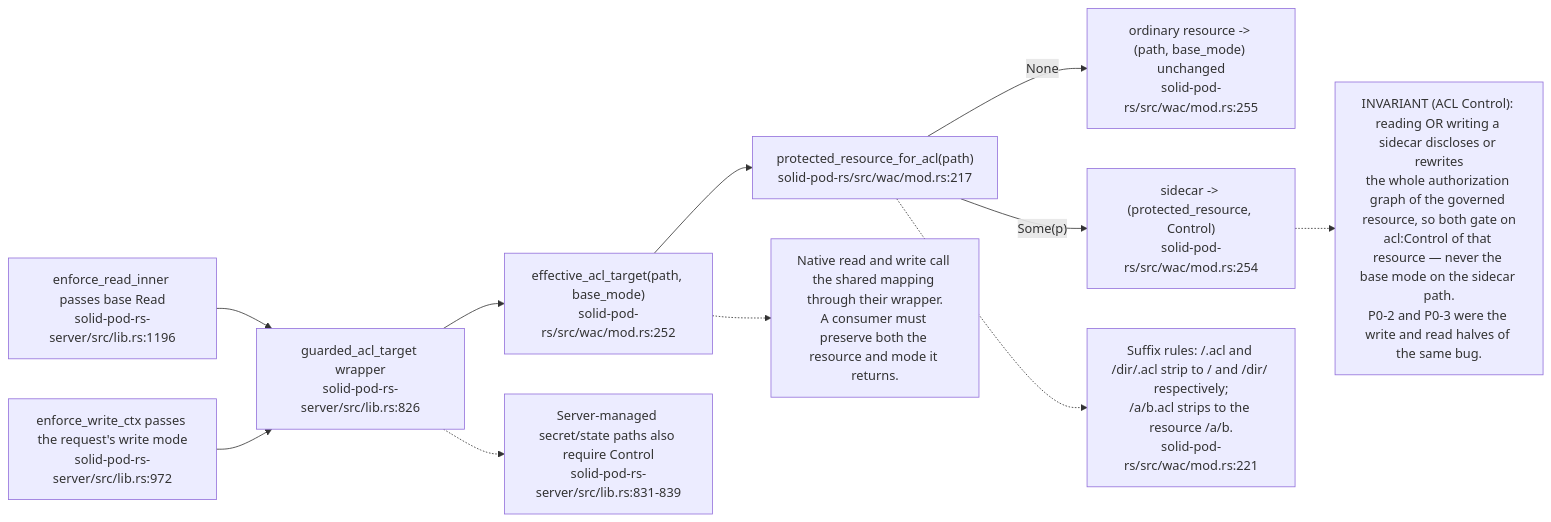
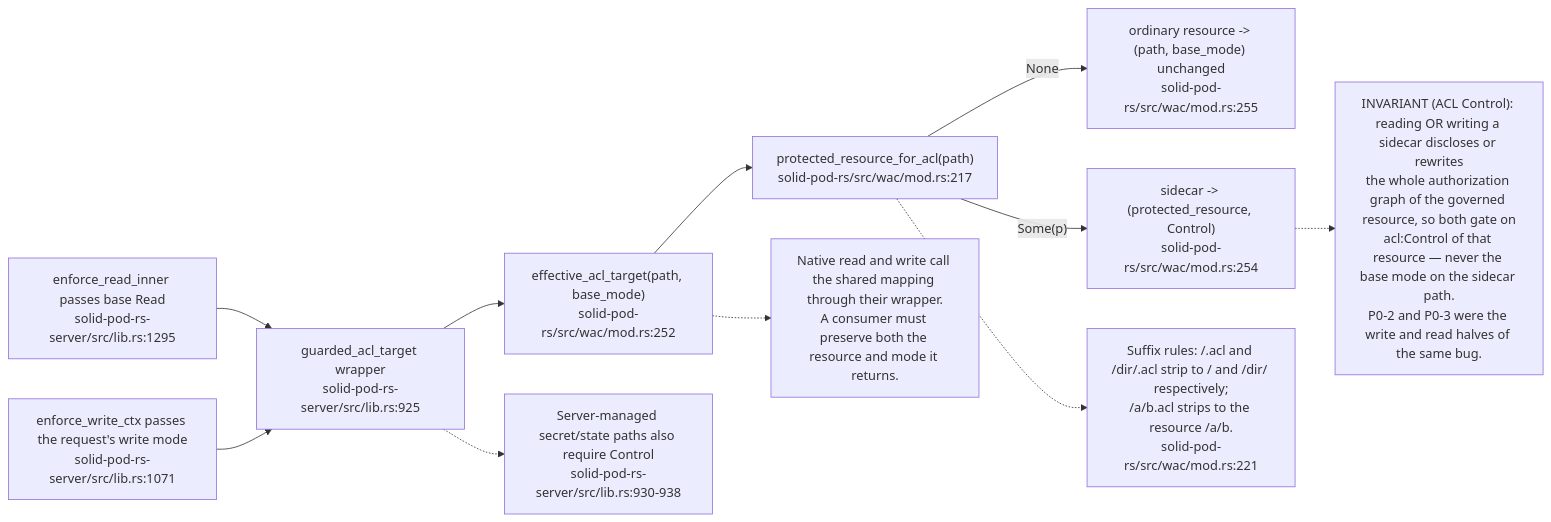
One commit to DreamLab-AI/VisionFlow changed the fifth of 13 diagrams in docs/diagrams/solid-pod-rs/04-wac-authorisation.md. Above: the diagram before and after it, drawn with Mermaid. The commit also changed other lines of this file and 59 other files, not shown here.

First line of the commit message:
docs(diagrams): re-derive and re-stamp forum, website, pod, ontomark and sealmap topics

````diff
--- a/docs/diagrams/solid-pod-rs/04-wac-authorisation.md
+++ b/docs/diagrams/solid-pod-rs/04-wac-authorisation.md
@@ -174,24 +175,24 @@
 ```mermaid
 flowchart LR
     IN["effective_acl_target(path, base_mode)<br/>solid-pod-rs/src/wac/mod.rs:252"]
     PR["protected_resource_for_acl(path)<br/>solid-pod-rs/src/wac/mod.rs:217"]
     ORD["ordinary resource -> (path, base_mode) unchanged<br/>solid-pod-rs/src/wac/mod.rs:255"]
     ELV["sidecar -> (protected_resource, Control)<br/>solid-pod-rs/src/wac/mod.rs:254"]
-    RD["enforce_read_inner passes base Read<br/>solid-pod-rs-server/src/lib.rs:1196"]
-    WR["enforce_write_ctx passes the request's write mode<br/>solid-pod-rs-server/src/lib.rs:972"]
+    RD["enforce_read_inner passes base Read<br/>solid-pod-rs-server/src/lib.rs:1295"]
+    WR["enforce_write_ctx passes the request's write mode<br/>solid-pod-rs-server/src/lib.rs:1071"]
 
     IN --> PR
     PR -- None --> ORD
     PR -- "Some(p)" --> ELV
-    RD --> GUARD["guarded_acl_target wrapper<br/>solid-pod-rs-server/src/lib.rs:826"]
+    RD --> GUARD["guarded_acl_target wrapper<br/>solid-pod-rs-server/src/lib.rs:925"]
     WR --> GUARD
     GUARD --> IN
-    GUARD -.-> EXTRA["Server-managed secret/state paths also require Control<br/>solid-pod-rs-server/src/lib.rs:831-839"]
+    GUARD -.-> EXTRA["Server-managed secret/state paths also require Control<br/>solid-pod-rs-server/src/lib.rs:930-938"]
 
     N1["Suffix rules: /.acl and /dir/.acl strip to / and /dir/ respectively;<br/>/a/b.acl strips to the resource /a/b.<br/>solid-pod-rs/src/wac/mod.rs:221"]
     PR -.-> N1
     N2["INVARIANT (ACL Control): reading OR writing a sidecar discloses or rewrites<br/>the whole authorization graph of the governed resource, so both gate on<br/>acl:Control of that resource — never the base mode on the sidecar path.<br/>P0-2 and P0-3 were the write and read halves of the same bug."]
     ELV -.-> N2
     N3["Native read and write call the shared mapping through their wrapper.<br/>A consumer must preserve both the resource and mode it returns."]
     IN -.-> N3
 ```
````
